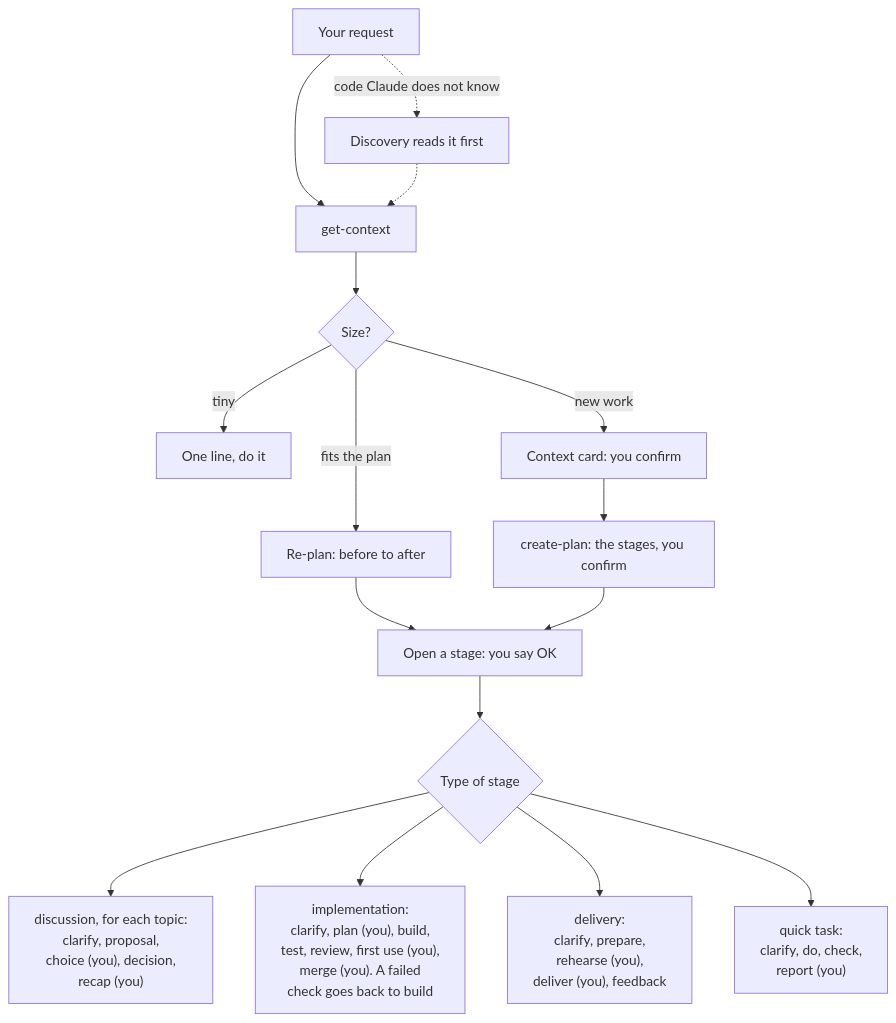
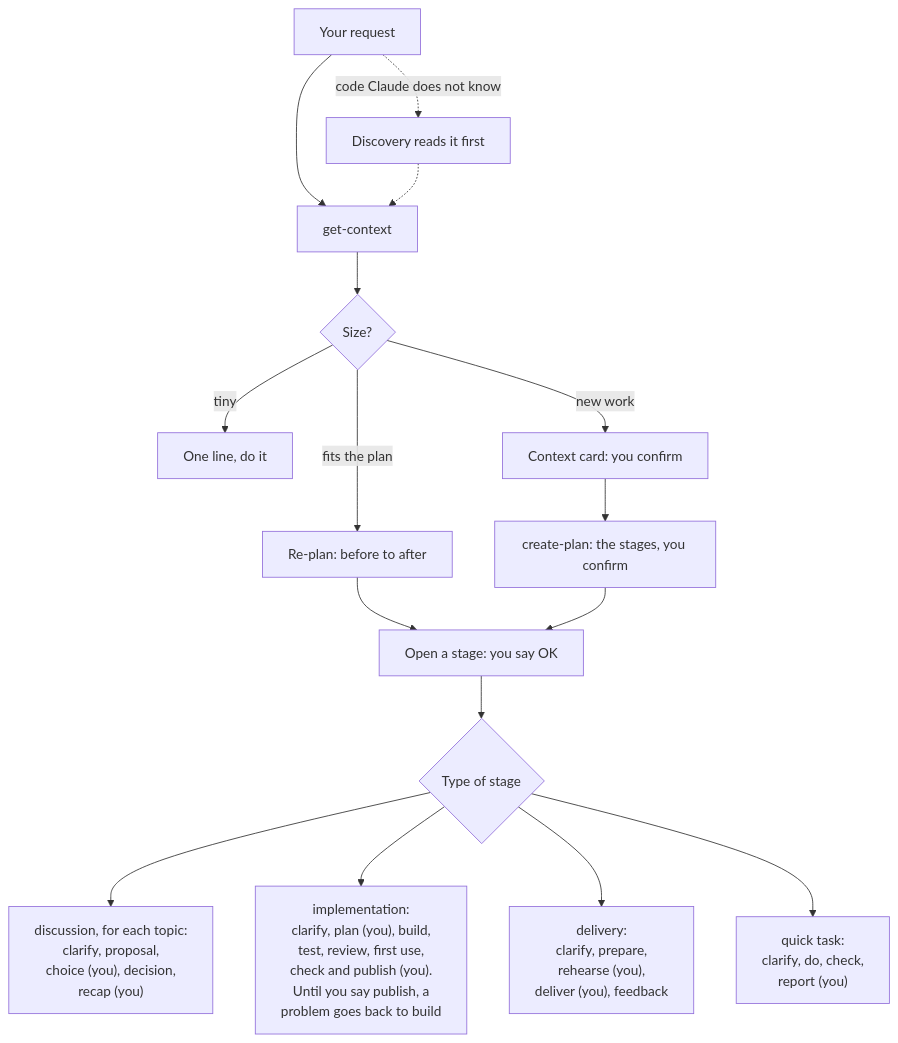
The diagram in README.md (FreddyZeta1847/blueprint), drawn with Mermaid before and after one commit. The commit also changed other lines of this file and 3 other files, not shown here.

````diff
--- a/README.md
+++ b/README.md
@@ -29,18 +29,18 @@
 ```mermaid
 flowchart TD
     A[Your request] --> C[get-context]
     A -. code Claude does not know .-> X[Discovery reads it first]
     X -.-> C
     C --> B{Size?}
     B -- tiny --> T[One line, do it]
     B -- fits the plan --> R[Re-plan: before to after]
     B -- new work --> K[Context card: you confirm]
     K --> P[create-plan: the stages, you confirm]
     R --> O
     P --> O[Open a stage: you say OK]
     O --> Y{Type of stage}
     Y --> DI["discussion, for each topic:<br/>clarify, proposal,<br/>choice (you), decision,<br/>recap (you)"]
-    Y --> IM["implementation:<br/>clarify, plan (you), build,<br/>test, review, first use (you),<br/>merge (you). A failed<br/>check goes back to build"]
+    Y --> IM["implementation:<br/>clarify, plan (you), build,<br/>test, review, first use,<br/>check and publish (you).<br/>Until you say publish, a<br/>problem goes back to build"]
     Y --> DE["delivery:<br/>clarify, prepare,<br/>rehearse (you),<br/>deliver (you), feedback"]
     Y --> QT["quick task:<br/>clarify, do, check,<br/>report (you)"]
 ```
````
